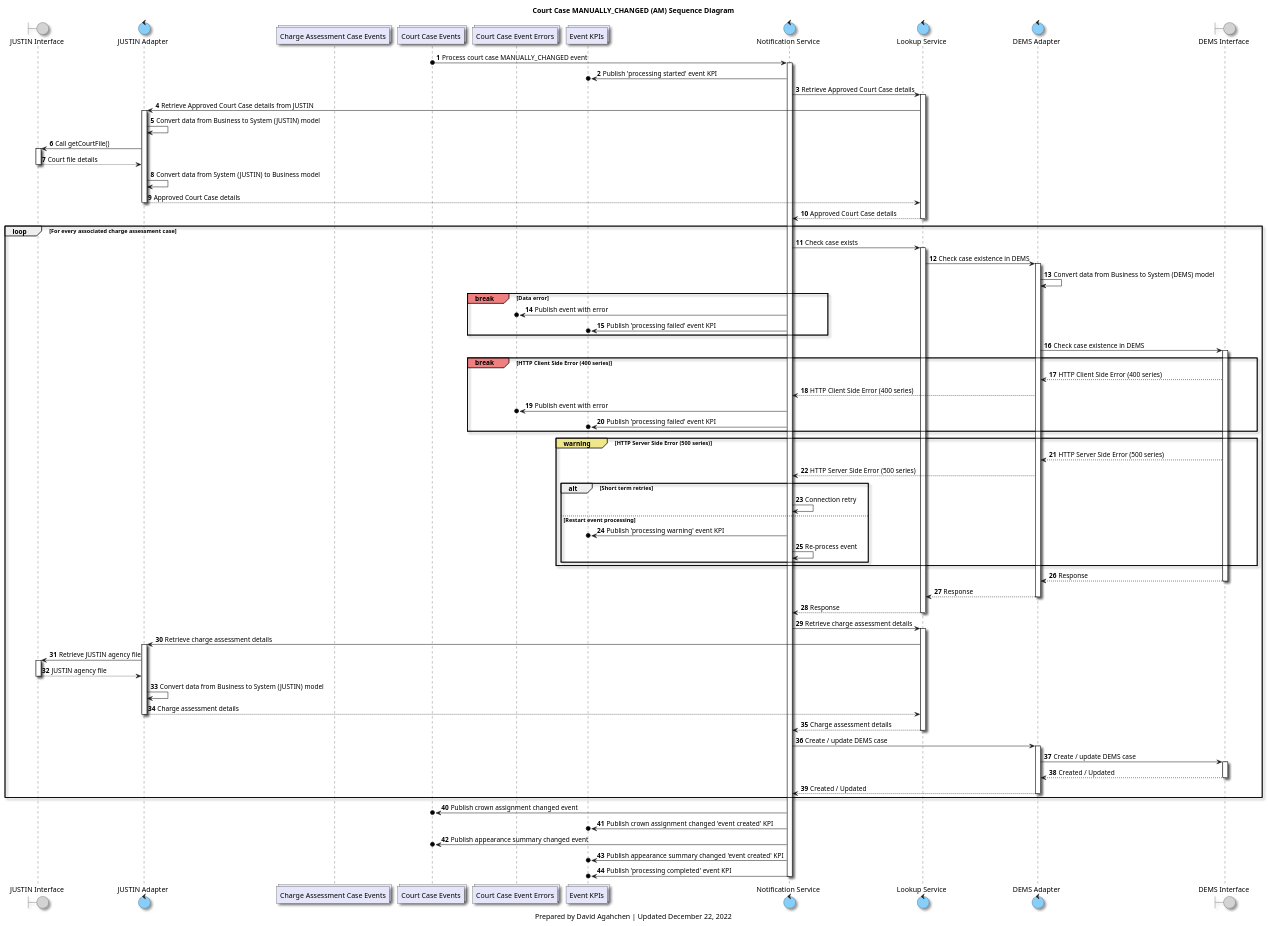
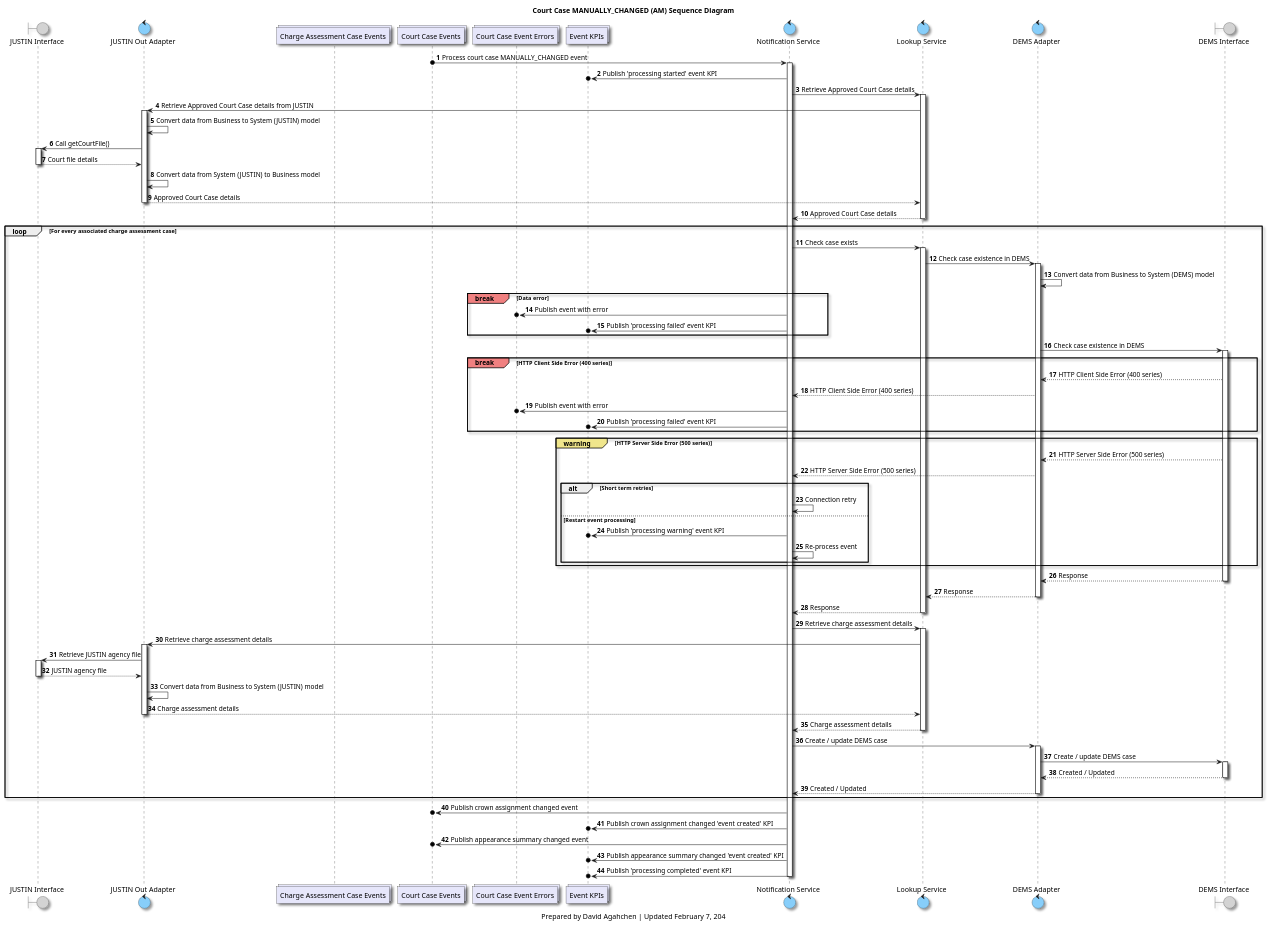
The diagram in diagrams/ccm_approved_court_case_manually_changed_processing_sequence_diagram.plantuml (bcgov/jpss-jade-ccm), drawn with PlantUML before and after one commit. The commit also changed 21 other files, not shown here.

Commit message:
Update processing sequence diagrams

```diff
--- a/diagrams/ccm_approved_court_case_manually_changed_processing_sequence_diagram.plantuml
+++ b/diagrams/ccm_approved_court_case_manually_changed_processing_sequence_diagram.plantuml
@@ -1,133 +1,133 @@
 @startuml
 'hide footbox
 
 skinparam Shadowing true
 skinparam CollectionsBackgroundColor Lavender
 skinparam ControlBackgroundColor LightSkyBlue
 skinparam BoundaryBackgroundColor LightGrey
 
 
 /' 
 Available colours
 https://plantuml-documentation.readthedocs.io/en/latest/formatting/color-names.html
 '/
 
 boundary j_interface as "JUSTIN Interface"
-control j_adapter as "JUSTIN Adapter"
+control j_adapter as "JUSTIN Out Adapter"
 collections charge_assessment_cases_topic as "Charge Assessment Case Events"
-collections approved_court_cases_topic as "Court Case Events"
+collections court_cases_topic as "Court Case Events"
 collections errors_topic as "Court Case Event Errors"
 collections kpis_topic as "Event KPIs"
 control notification_service as "Notification Service"
 control lookup_service as "Lookup Service"
 control d_adapter as "DEMS Adapter"
 boundary d_interface as "DEMS Interface"
 
 title
 Court Case MANUALLY_CHANGED (AM) Sequence Diagram
 end title
 
 autonumber
 
-approved_court_cases_topic o-> notification_service: Process court case MANUALLY_CHANGED event
+court_cases_topic o-> notification_service: Process court case MANUALLY_CHANGED event
 activate notification_service
 
 notification_service ->o kpis_topic: Publish 'processing started' event KPI
 
 notification_service -> lookup_service: Retrieve Approved Court Case details
 activate lookup_service
 lookup_service -> j_adapter: Retrieve Approved Court Case details from JUSTIN
 
 activate j_adapter
 j_adapter -> j_adapter: Convert data from Business to System (JUSTIN) model
 j_adapter -> j_interface: Call getCourtFile()
 activate j_interface
 j_interface --> j_adapter: Court file details
 deactivate j_interface
 j_adapter -> j_adapter: Convert data from System (JUSTIN) to Business model
 j_adapter --> lookup_service: Approved Court Case details
 deactivate j_adapter
 
 lookup_service --> notification_service: Approved Court Case details
 deactivate lookup_service
 
 loop For every associated charge assessment case
     notification_service -> lookup_service: Check case exists
     activate lookup_service
 
     lookup_service -> d_adapter: Check case existence in DEMS
     activate d_adapter
     d_adapter -> d_adapter: Convert data from Business to System (DEMS) model
 
 
     break#LightCoral Data error
         notification_service ->o errors_topic: Publish event with error
         notification_service ->o kpis_topic: Publish 'processing failed' event KPI
     end break
 
     d_adapter -> d_interface: Check case existence in DEMS
     activate d_interface
 
     break#LightCoral HTTP Client Side Error (400 series)
         d_interface --> d_adapter: HTTP Client Side Error (400 series)
         d_adapter --> notification_service: HTTP Client Side Error (400 series)
         notification_service ->o errors_topic: Publish event with error
         notification_service ->o kpis_topic: Publish 'processing failed' event KPI
     end break
 
     group#Khaki warning [HTTP Server Side Error (500 series)]
         d_interface --> d_adapter: HTTP Server Side Error (500 series)
         d_adapter --> notification_service: HTTP Server Side Error (500 series)
         alt Short term retries
             notification_service -> notification_service: Connection retry
         else Restart event processing
             notification_service ->o kpis_topic: Publish 'processing warning' event KPI
             notification_service -> notification_service: Re-process event
         end
     end group
 
     d_interface --> d_adapter: Response
     deactivate d_interface
     d_adapter --> lookup_service: Response
     deactivate d_adapter
     lookup_service --> notification_service: Response
     deactivate lookup_service
 
 
     notification_service -> lookup_service: Retrieve charge assessment details
     activate lookup_service
     lookup_service -> j_adapter: Retrieve charge assessment details
     activate j_adapter
     j_adapter -> j_interface: Retrieve JUSTIN agency file
     activate j_interface
     j_interface --> j_adapter: JUSTIN agency file
     deactivate j_interface
     j_adapter -> j_adapter: Convert data from Business to System (JUSTIN) model
     j_adapter --> lookup_service: Charge assessment details
     deactivate j_adapter
     lookup_service --> notification_service: Charge assessment details
     deactivate lookup_service
 
     notification_service -> d_adapter: Create / update DEMS case
     activate d_adapter
     d_adapter -> d_interface: Create / update DEMS case
     activate d_interface
     d_interface --> d_adapter: Created / Updated
     deactivate d_interface
     d_adapter --> notification_service: Created / Updated
     deactivate d_adapter
 end loop
 
-notification_service ->o approved_court_cases_topic: Publish crown assignment changed event 
+notification_service ->o court_cases_topic: Publish crown assignment changed event 
 notification_service ->o kpis_topic: Publish crown assignment changed 'event created' KPI
-notification_service ->o approved_court_cases_topic: Publish appearance summary changed event 
+notification_service ->o court_cases_topic: Publish appearance summary changed event 
 notification_service ->o kpis_topic: Publish appearance summary changed 'event created' KPI
 
 notification_service ->o kpis_topic: Publish 'processing completed' event KPI
 
 deactivate notification_service
 
 caption
-Prepared by David Agahchen | Updated December 22, 2022
+Prepared by David Agahchen | Updated February 7, 204
 end caption
 @enduml
```
